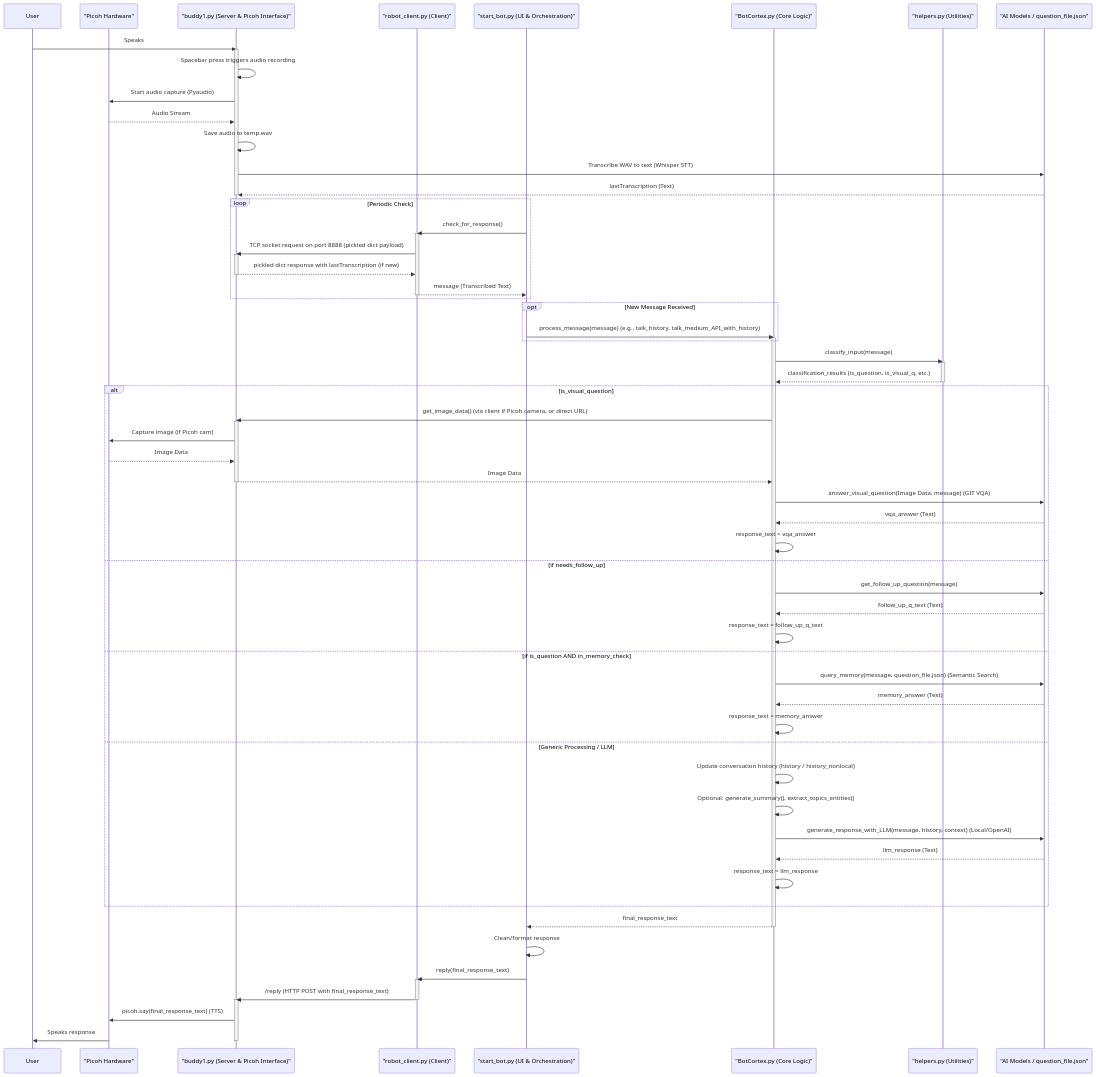
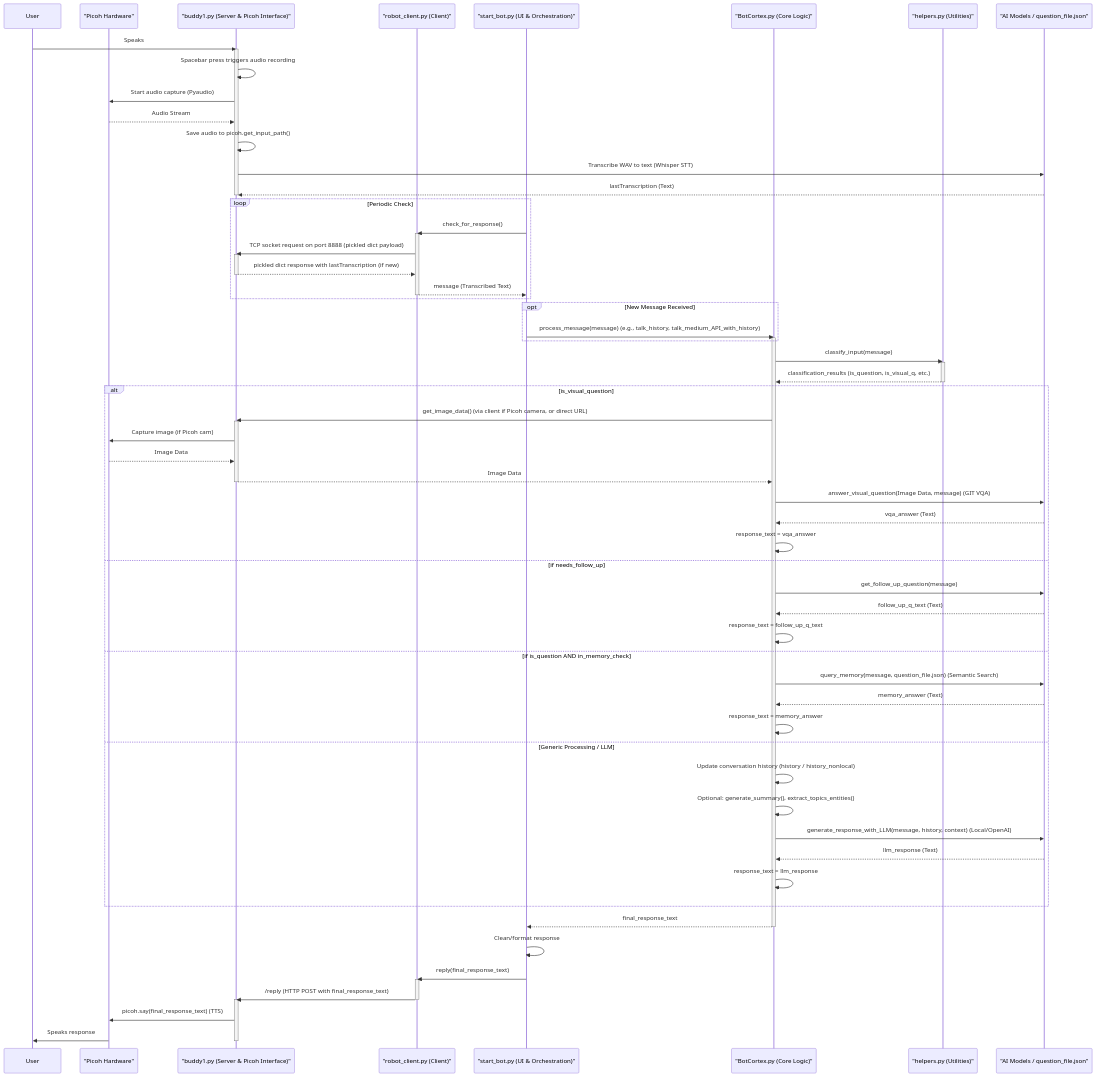
The second of 4 diagrams in SYSTEM_ANALYSIS.md (dhar174/DeskBuddy), drawn with Mermaid before and after one commit.

```diff
--- a/SYSTEM_ANALYSIS.md
+++ b/SYSTEM_ANALYSIS.md
@@ -78,7 +78,7 @@
     buddy1->>buddy1: Spacebar press triggers audio recording
     buddy1->>PicohHW: Start audio capture (Pyaudio)
     PicohHW-->>buddy1: Audio Stream
-    buddy1->>buddy1: Save audio to temp.wav
+    buddy1->>buddy1: Save audio to picoh.get_input_path()
     buddy1->>AIML_KB: Transcribe WAV to text (Whisper STT)
     AIML_KB-->>buddy1: lastTranscription (Text)
     deactivate buddy1
```
